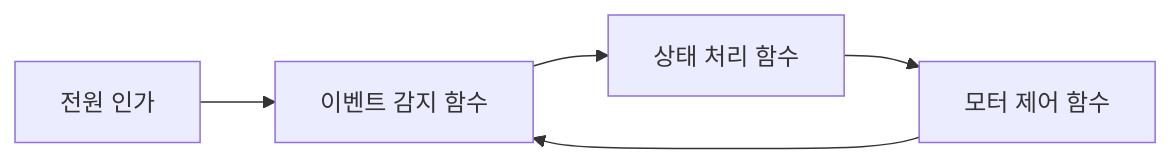
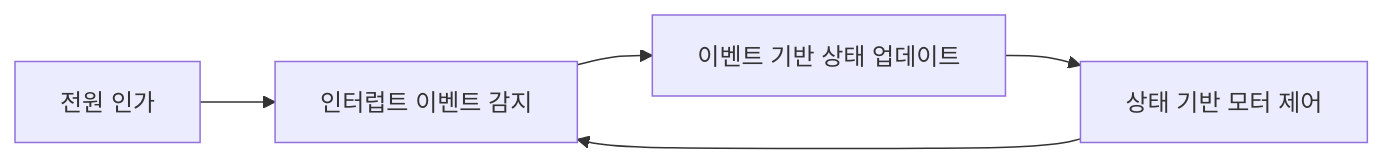
One commit to twotwoship/stm_motor_260724 changed the diagram in Group3_motor.md. Above: the diagram before and after it, drawn with Mermaid. The commit also changed other lines of this file, not shown here.

````diff
--- a/Group3_motor.md
+++ b/Group3_motor.md
@@ -12,7 +20,7 @@
 ```mermaid
 flowchart LR
-    A[전원 인가] --> B[이벤트 감지 함수]
-    B --> C[상태 처리 함수]
-    C --> D[모터 제어 함수]
+    A[전원 인가] --> B[인터럽트 이벤트 감지]
+    B --> C[이벤트 기반 상태 업데이트]
+    C --> D[상태 기반 모터 제어]
     D --> B
 ```
````
